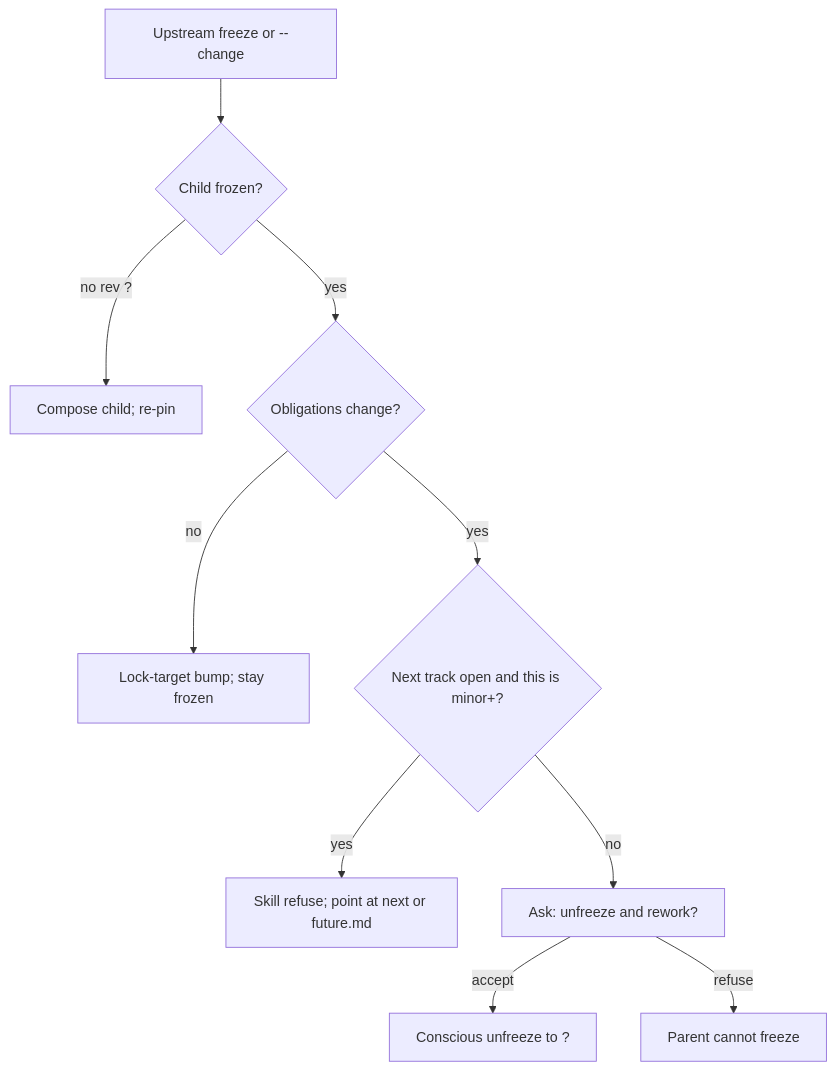
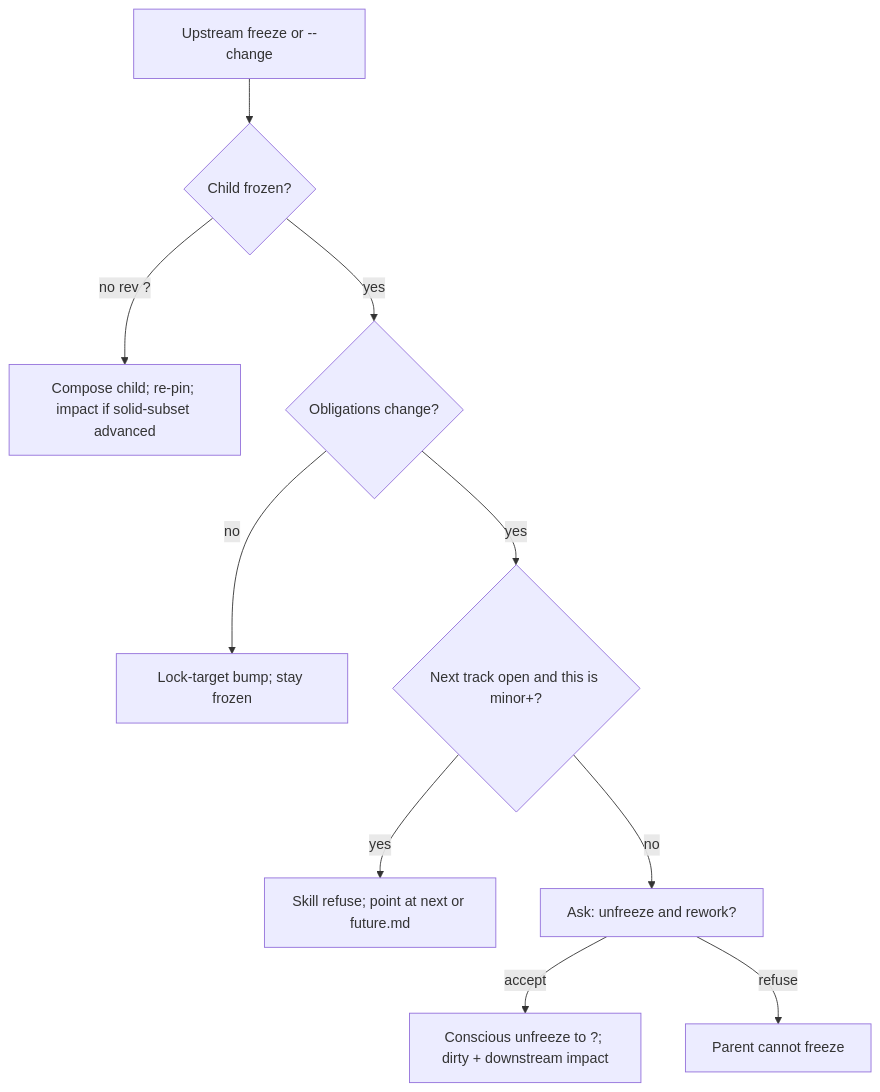
The diagram in plugins/rrraw/refs/planning/baselines.md (rr-agentic-kit/ai-plugins), drawn with Mermaid before and after one commit. The commit also changed other lines of this file and 29 other files, not shown here.

````diff
--- a/plugins/rrraw/refs/planning/baselines.md
+++ b/plugins/rrraw/refs/planning/baselines.md
@@ -326,12 +343,12 @@
 ```mermaid
 flowchart TD
   up["Upstream freeze or --change"] --> frozenChild{"Child frozen?"}
-  frozenChild -->|no rev ?| justDo["Compose child; re-pin"]
+  frozenChild -->|no rev ?| justDo["Compose child; re-pin; impact if solid-subset advanced"]
   frozenChild -->|yes| impact{"Obligations change?"}
   impact -->|no| bump["Lock-target bump; stay frozen"]
   impact -->|yes| nextOpen{"Next track open and this is minor+?"}
   nextOpen -->|yes| redirect["Skill refuse; point at next or future.md"]
   nextOpen -->|no| ask["Ask: unfreeze and rework?"]
-  ask -->|accept| open["Conscious unfreeze to ?"]
+  ask -->|accept| open["Conscious unfreeze to ?; dirty + downstream impact"]
   ask -->|refuse| abort["Parent cannot freeze"]
 ```
````
